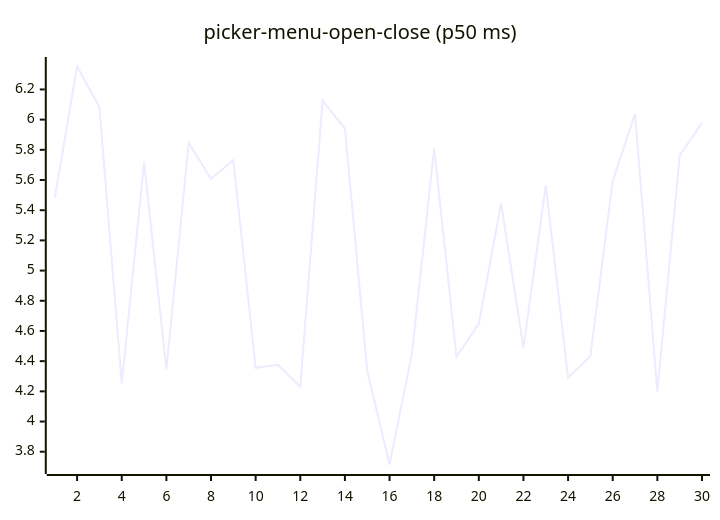
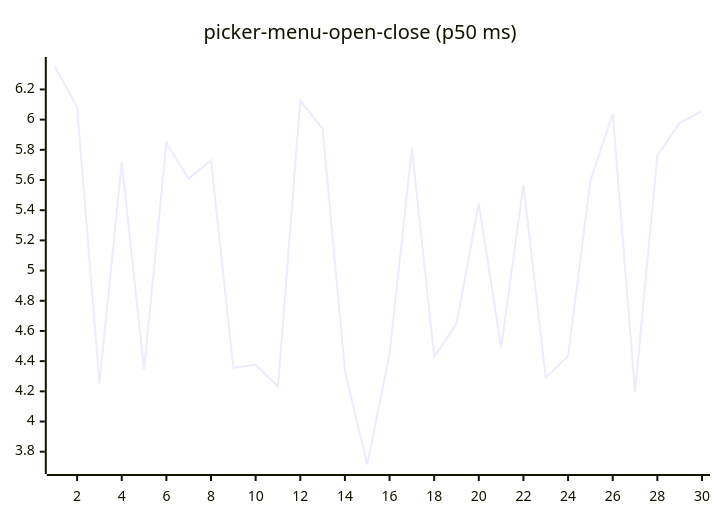
One commit to josha/Facet changed diagram 16 of 27 in README.md. Above: the diagram before and after it, drawn with Mermaid. The commit also changed other lines of this file and 2 other files, not shown here.

````diff
--- a/README.md
+++ b/README.md
@@ -168,6 +168,6 @@
 ```mermaid
 xychart-beta
     title "picker-menu-open-close (p50 ms)"
     x-axis 1 --> 30
-    line [5.4814, 6.3520, 6.0839, 4.2522, 5.7175, 4.3452, 5.8449, 5.6085, 5.7317, 4.3559, 4.3756, 4.2307, 6.1258, 5.9413, 4.3353, 3.7154, 4.4466, 5.8101, 4.4287, 4.6495, 5.4442, 4.4899, 5.5654, 4.2905, 4.4342, 5.5941, 6.0384, 4.1981, 5.7619, 5.9791]
+    line [6.3520, 6.0839, 4.2522, 5.7175, 4.3452, 5.8449, 5.6085, 5.7317, 4.3559, 4.3756, 4.2307, 6.1258, 5.9413, 4.3353, 3.7154, 4.4466, 5.8101, 4.4287, 4.6495, 5.4442, 4.4899, 5.5654, 4.2905, 4.4342, 5.5941, 6.0384, 4.1981, 5.7619, 5.9791, 6.0560]
 ```
````
